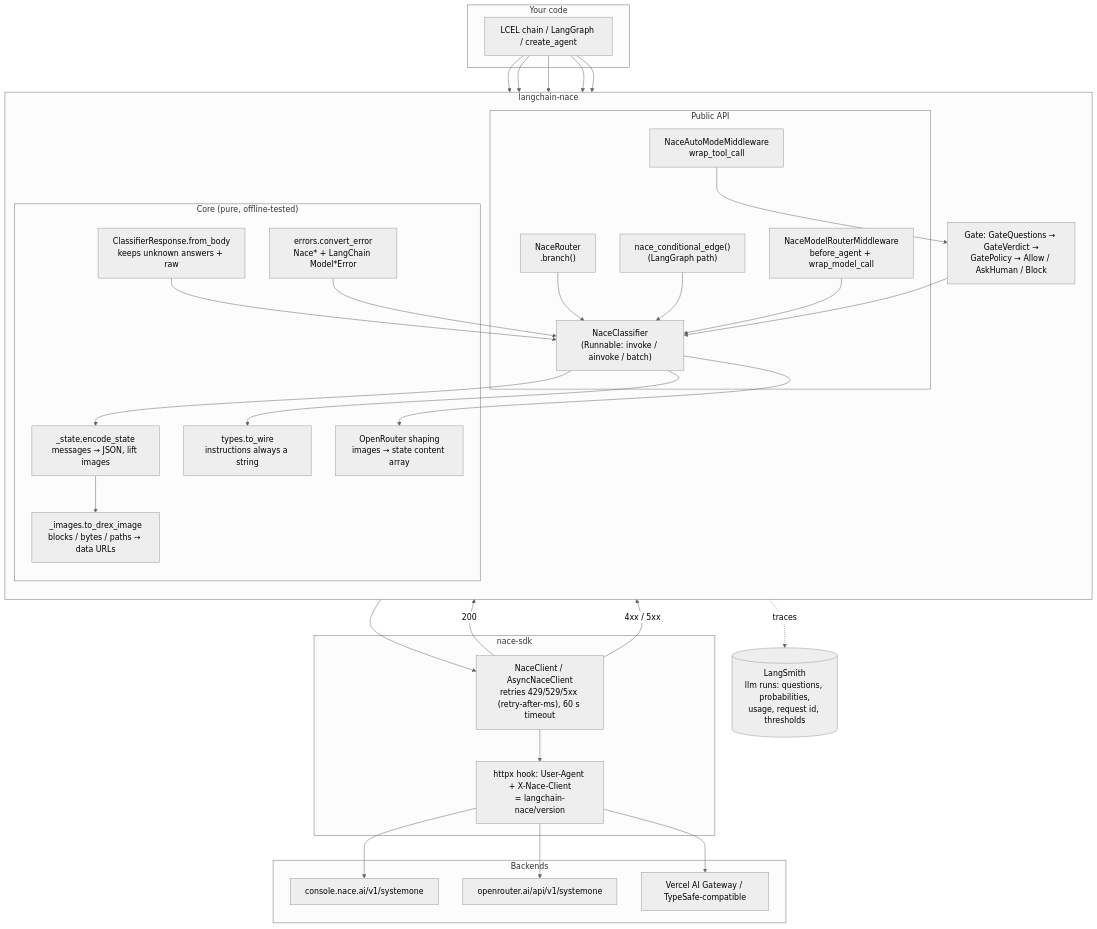
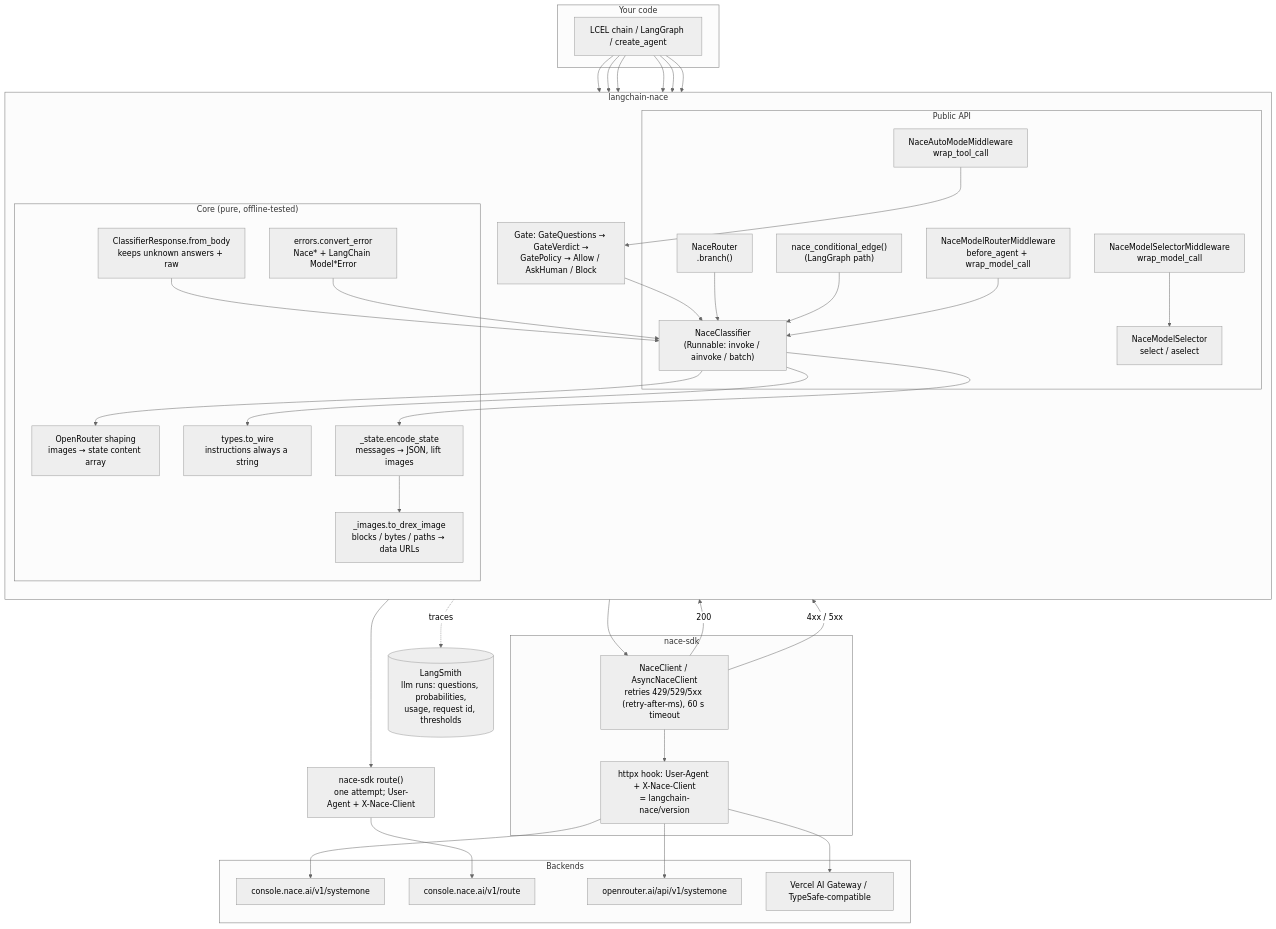
Before and after one commit to nace-ai/langchain-nace: the first of 4 diagrams in docs/design.md, drawn with Mermaid (neutral theme). The commit also changed other lines of this file and 19 other files, not shown here.

````diff
--- a/docs/design.md
+++ b/docs/design.md
@@ -16,53 +16,59 @@
 ```mermaid
 flowchart TB
     subgraph User["Your code"]
         APP["LCEL chain / LangGraph / create_agent"]
     end
 
     subgraph Pkg["langchain-nace"]
         direction TB
         subgraph Public["Public API"]
             NC["NaceClassifier<br/>(Runnable: invoke / ainvoke / batch)"]
             NR["NaceRouter<br/>.branch()"]
             NE["nace_conditional_edge()<br/>(LangGraph path)"]
             MR["NaceModelRouterMiddleware<br/>before_agent + wrap_model_call"]
+            MS["NaceModelSelectorMiddleware<br/>wrap_model_call"]
+            SEL["NaceModelSelector<br/>select / aselect"]
             AM["NaceAutoModeMiddleware<br/>wrap_tool_call"]
         end
         subgraph Core["Core (pure, offline-tested)"]
             ST["_state.encode_state<br/>messages → JSON, lift images"]
             IM["_images.to_drex_image<br/>blocks / bytes / paths → data URLs"]
             TY["types.to_wire<br/>instructions always a string"]
             OR["OpenRouter shaping<br/>images → state content array"]
             RP["ClassifierResponse.from_body<br/>keeps unknown answers + raw"]
             ER["errors.convert_error<br/>Nace* + LangChain Model*Error"]
         end
         GATE["Gate: GateQuestions → GateVerdict →<br/>GatePolicy → Allow / AskHuman / Block"]
     end
 
     subgraph SDK["nace-sdk"]
         CL["NaceClient / AsyncNaceClient<br/>retries 429/529/5xx (retry-after-ms), 60 s timeout"]
         HK["httpx hook: User-Agent + X-Nace-Client<br/>= langchain-nace/version"]
     end
 
     subgraph Backends
         NACE["console.nace.ai/v1/systemone"]
+        ROUTE["console.nace.ai/v1/route"]
         ORT["openrouter.ai/api/v1/systemone"]
         GW["Vercel AI Gateway / TypeSafe-compatible"]
     end
 
     LS[("LangSmith<br/>llm runs: questions, probabilities,<br/>usage, request id, thresholds")]
 
-    APP --> NC & NR & NE & MR & AM
+    APP --> NC & NR & NE & MR & MS & AM
     NR --> NC
     NE --> NC
     MR --> NC
+    MS --> SEL
+    SEL --> RK["nace-sdk route()<br/>one attempt; User-Agent + X-Nace-Client"]
+    RK --> ROUTE
     AM --> GATE --> NC
     NC --> ST --> IM
     NC --> TY
     NC --> OR
     NC --> CL --> HK
     HK --> NACE & ORT & GW
     CL -->|200| RP --> NC
     CL -->|4xx / 5xx| ER --> NC
     NC -. traces .-> LS
 ```
````
